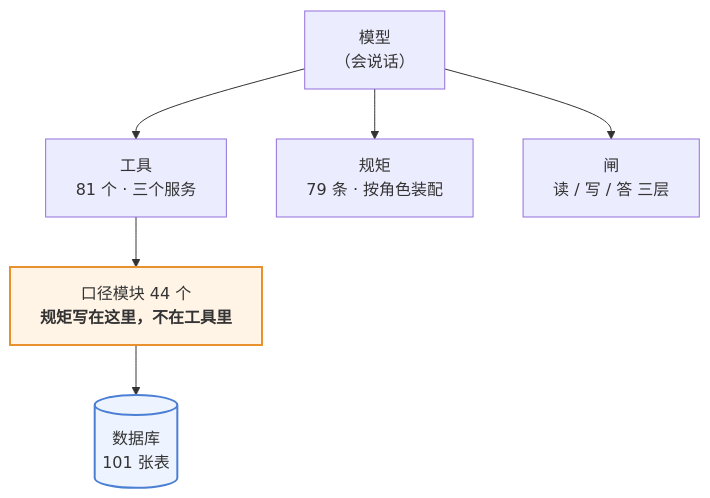
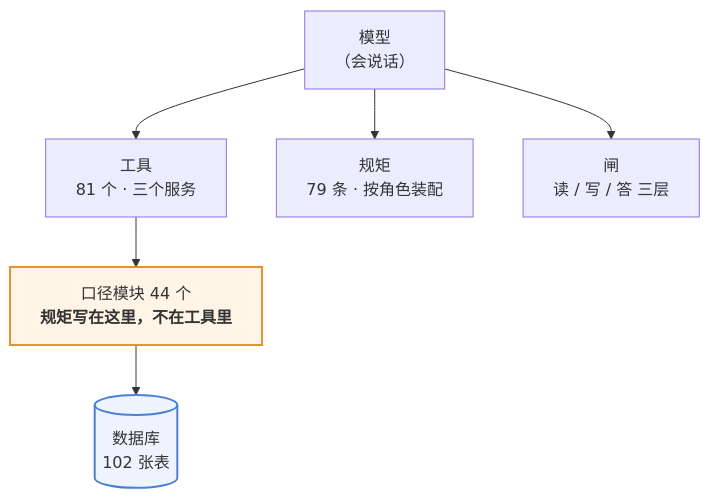
One commit to 843773296-rgb/lanxiu-yunshang-agent changed the first of 3 diagrams in 澜绣云裳agent-产品说明.md. Above: the diagram before and after it, drawn with Mermaid. The commit also changed other lines of this file and 20 other files, not shown here.

````diff
--- a/澜绣云裳agent-产品说明.md
+++ b/澜绣云裳agent-产品说明.md
@@ -62,12 +62,12 @@
 ```mermaid
 flowchart TD
     M["模型<br/>（会说话）"]
     M --> T["工具<br/>81 个 · 三个服务"]
     M --> R["规矩<br/>79 条 · 按角色装配"]
     M --> G["闸<br/>读 / 写 / 答 三层"]
     T --> K["口径模块 44 个<br/><b>规矩写在这里，不在工具里</b>"]
-    K --> DB[("数据库<br/>101 张表")]
+    K --> DB[("数据库<br/>102 张表")]
 
     style K fill:#fff4e6,stroke:#e8912d,stroke-width:2px
     style DB fill:#eef4ff,stroke:#4a7fd4,stroke-width:2px
 ```
````
